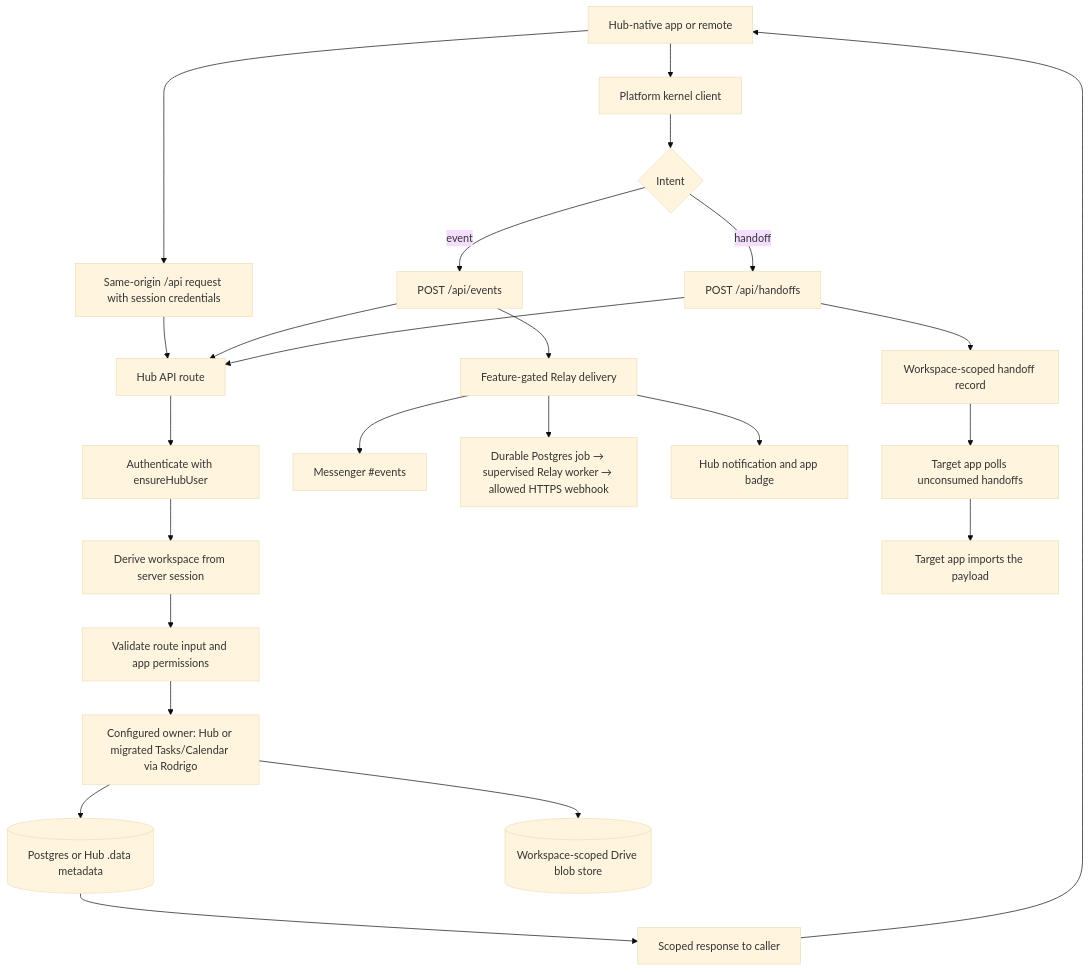
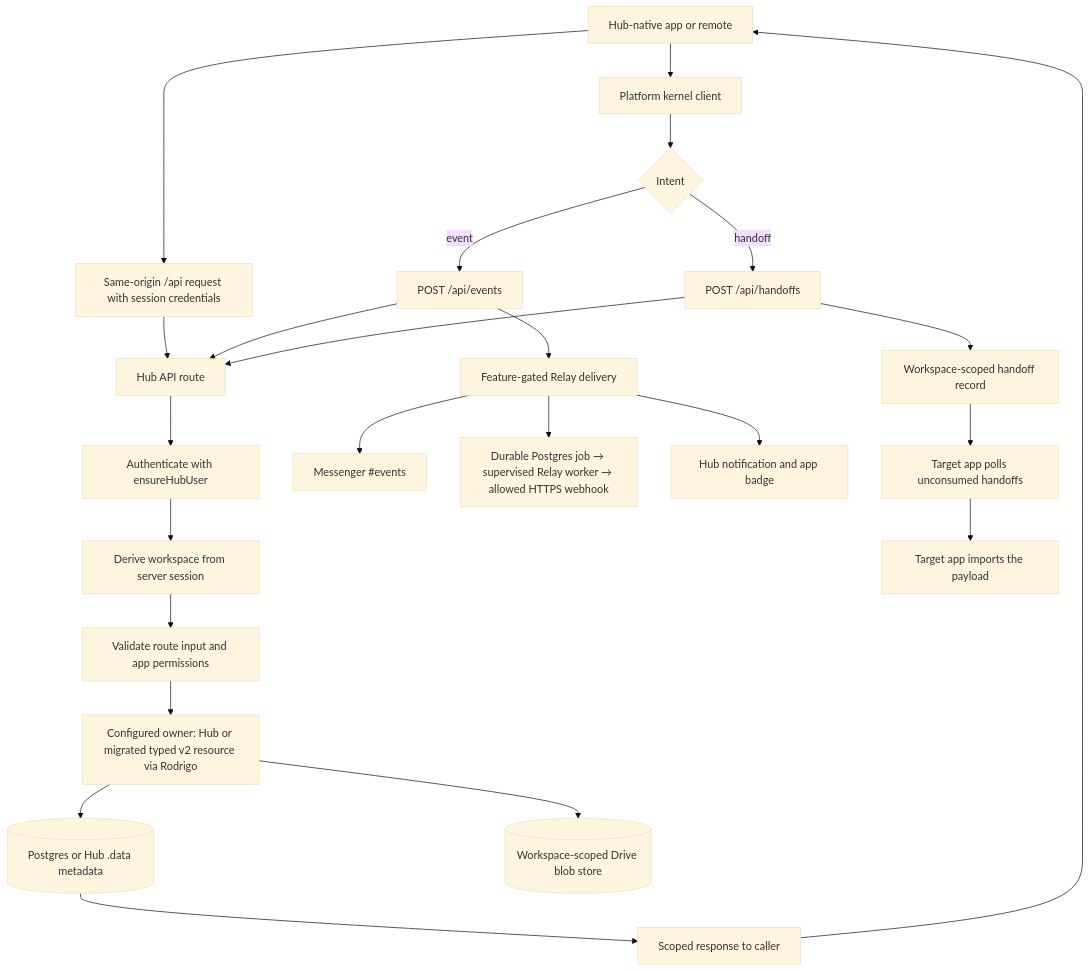
Before and after one commit to Adam-Szitas/sorye: the second of 9 diagrams in docs/APP-BEHAVIOR-TREE.md, drawn with Mermaid (base theme). The commit also changed other lines of this file and 241 other files, not shown here.

````diff
--- a/docs/APP-BEHAVIOR-TREE.md
+++ b/docs/APP-BEHAVIOR-TREE.md
@@ -45,28 +59,28 @@
 ```mermaid
 flowchart TD
     App[Hub-native app or remote] --> Request[Same-origin /api request with session credentials]
     App --> Kernel[Platform kernel client]
     Kernel --> EventOrHandoff{Intent}
     EventOrHandoff -->|event| Events[POST /api/events]
     EventOrHandoff -->|handoff| Handoffs[POST /api/handoffs]
     Request --> API[Hub API route]
 
     Events --> API
     Handoffs --> API
     API --> Auth[Authenticate with ensureHubUser]
     Auth --> Scope[Derive workspace from server session]
     Scope --> Validate[Validate route input and app permissions]
-    Validate --> Store[Configured owner: Hub or migrated Tasks/Calendar via Rodrigo]
+    Validate --> Store[Configured owner: Hub or migrated typed v2 resource via Rodrigo]
     Store --> Durable[(Postgres or Hub .data metadata)]
     Store --> BlobStore[(Workspace-scoped Drive blob store)]
     Durable --> Result[Scoped response to caller]
     Result --> App
 
     Events --> Relay[Feature-gated Relay delivery]
     Relay --> Messenger[Messenger #events]
     Relay --> Webhook[Durable Postgres job → supervised Relay worker → allowed HTTPS webhook]
     Relay --> Notice[Hub notification and app badge]
     Handoffs --> Queue[Workspace-scoped handoff record]
     Queue --> Poll[Target app polls unconsumed handoffs]
     Poll --> Target[Target app imports the payload]
 ```
````
